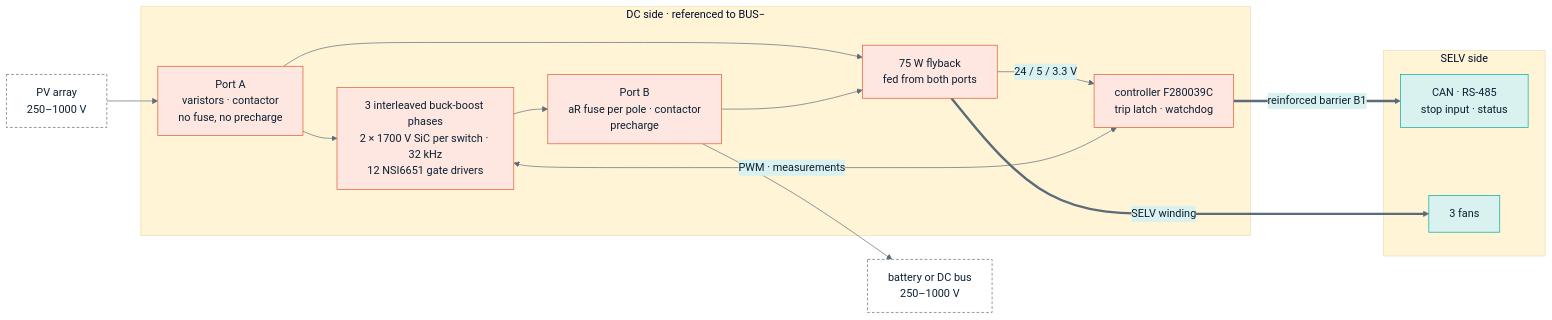
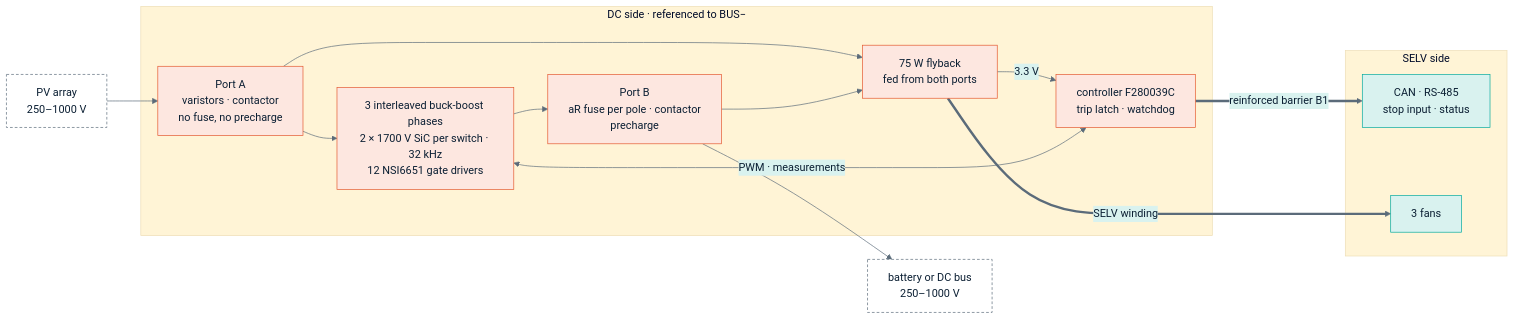
Before and after one commit to vectivolt/PCM: the first of 2 diagrams in README.md, drawn with Mermaid. The commit also changed other lines of this file and 161 other files, not shown here.

````diff
--- a/README.md
+++ b/README.md
@@ -59,27 +59,27 @@
 ```mermaid
 %%{init: {"theme": "base", "themeVariables": {"primaryColor": "#EEF3F7", "primaryBorderColor": "#0B1F33", "primaryTextColor": "#0B1F33", "lineColor": "#5B6B7A", "secondaryColor": "#D9F2EF", "tertiaryColor": "#FFF4D6", "fontFamily": "Inter, Helvetica, Arial, sans-serif"}}}%%
 flowchart LR
     PV["PV array<br/>250–1000 V"]:::ext
     BAT["battery or DC bus<br/>250–1000 V"]:::ext
     subgraph LIVE["DC side · referenced to BUS−"]
         PA["Port A<br/>varistors · contactor<br/>no fuse, no precharge"]:::live
         PH["3 interleaved buck-boost phases<br/>2 × 1700 V SiC per switch · 32 kHz<br/>12 NSI6651 gate drivers"]:::live
         PB["Port B<br/>aR fuse per pole · contactor<br/>precharge"]:::live
         AUX["75 W flyback<br/>fed from both ports"]:::live
         CTL["controller F280039C<br/>trip latch · watchdog"]:::live
     end
     subgraph SELV["SELV side"]
         COM["CAN · RS-485<br/>stop input · status"]:::selv
         FAN["3 fans"]:::selv
     end
     PV --> PA --> PH --> PB --> BAT
     PA --> AUX
     PB --> AUX
-    AUX -- "24 / 5 / 3.3 V" --> CTL
+    AUX -- "3.3 V" --> CTL
     CTL <-- "PWM · measurements" --> PH
     CTL == "reinforced barrier B1" ==> COM
     AUX == "SELV winding" ==> FAN
     classDef live fill:#FDE7E0,stroke:#E4572E,color:#0B1F33
     classDef selv fill:#D9F2EF,stroke:#00A99D,color:#0B1F33
     classDef ext fill:#FFFFFF,stroke:#5B6B7A,stroke-dasharray:4 3
 ```
````
